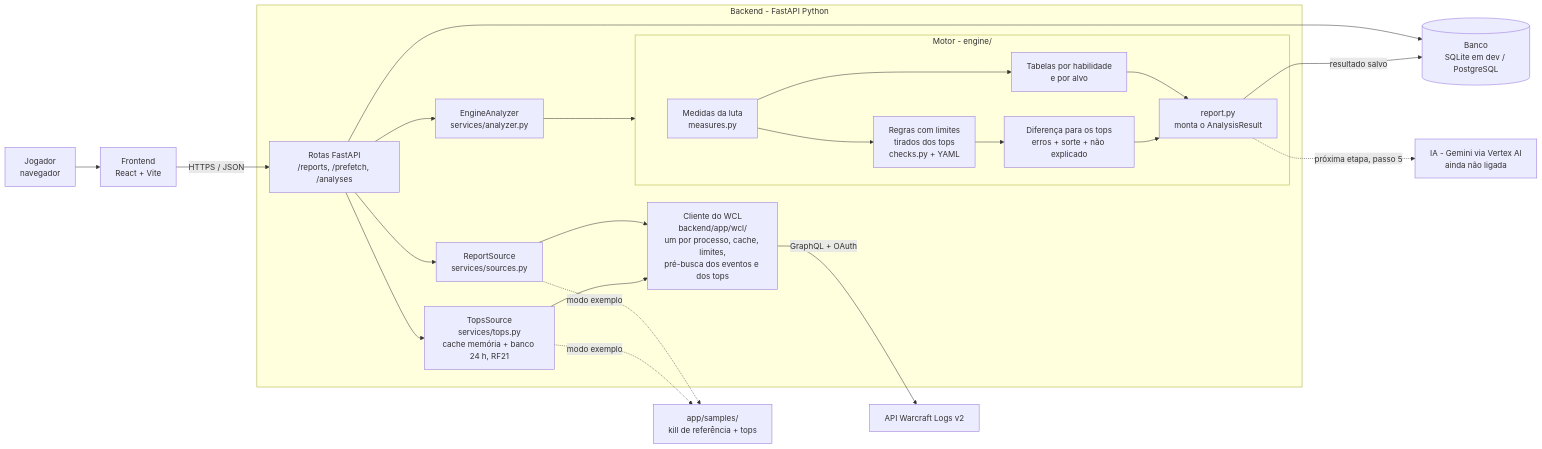
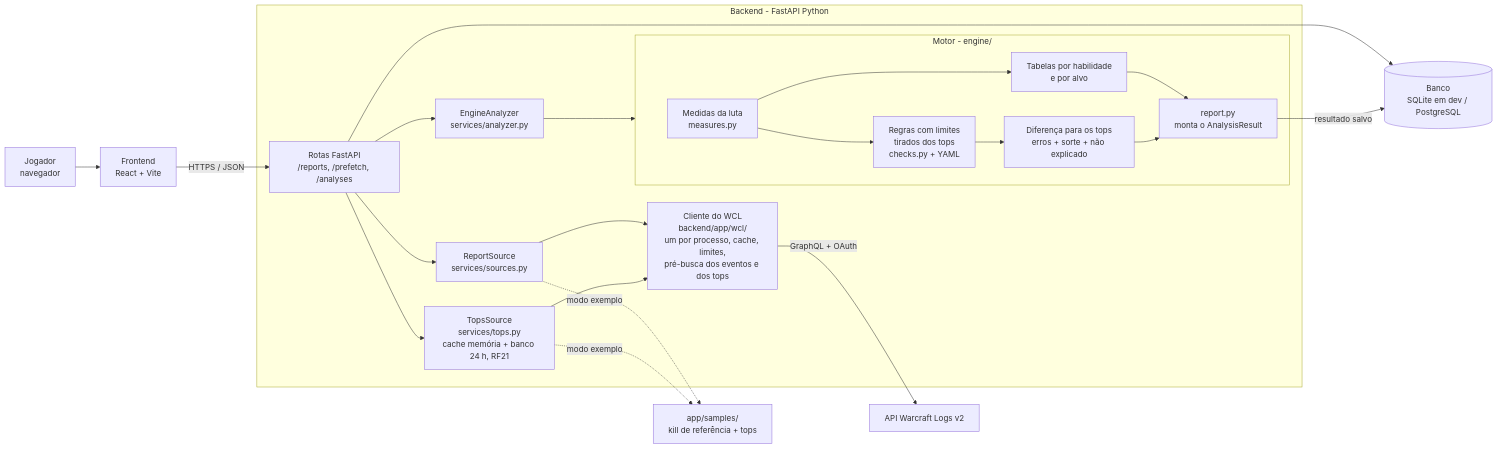
Before and after one commit to jp4inbr/LogCoach: the diagram in docs/05-diagrama-de-arquitetura.md, drawn with Mermaid. The commit also changed other lines of this file and 32 other files, not shown here.

First line of the commit message:
refactor: remove a integração planejada com a IA (Gemini/Vertex AI)

````diff
--- a/docs/05-diagrama-de-arquitetura.md
+++ b/docs/05-diagrama-de-arquitetura.md
@@ -7,28 +7,27 @@
 ```mermaid
 flowchart LR
     U[Jogador<br/>navegador] --> FE[Frontend<br/>React + Vite]
     FE -->|HTTPS / JSON| API[Rotas FastAPI<br/>/reports, /prefetch, /analyses]
 
     subgraph BE[Backend - FastAPI Python]
         API --> RS[ReportSource<br/>services/sources.py]
         API --> TS[TopsSource<br/>services/tops.py<br/>cache memória + banco 24 h, RF21]
         API --> AN[EngineAnalyzer<br/>services/analyzer.py]
         RS --> CL[Cliente do WCL<br/>backend/app/wcl/<br/>um por processo, cache, limites,<br/>pré-busca dos eventos e dos tops]
         TS --> CL
         AN --> M
         subgraph M[Motor - engine/]
             M1[Medidas da luta<br/>measures.py] --> M2[Regras com limites<br/>tirados dos tops<br/>checks.py + YAML]
             M1 --> M3[Tabelas por habilidade<br/>e por alvo]
             M2 --> M4[Diferença para os tops<br/>erros + sorte + não explicado]
             M3 --> M5[report.py<br/>monta o AnalysisResult]
             M4 --> M5
         end
     end
 
     RS -. modo exemplo .-> SM[app/samples/<br/>kill de referência + tops]
     TS -. modo exemplo .-> SM
     CL -->|GraphQL + OAuth| WCL[API Warcraft Logs v2]
     API --> DB[(Banco<br/>SQLite em dev / PostgreSQL)]
     M5 -->|resultado salvo| DB
-    M5 -. próxima etapa, passo 5 .-> AI[IA - Gemini via Vertex AI<br/>ainda não ligada]
 ```
````
